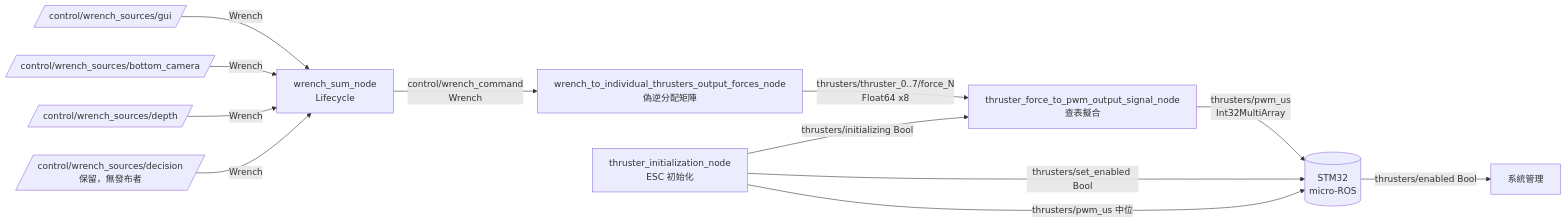
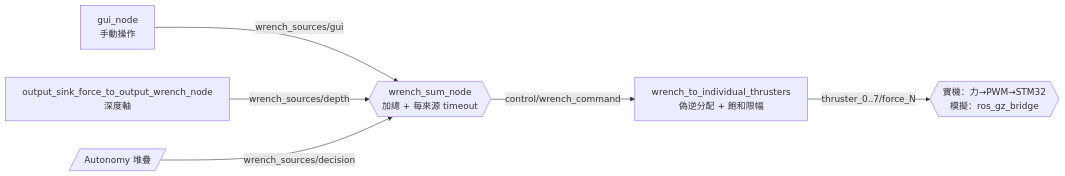
The diagram in docs/ARCHITECTURE.md (NCTU-AUV/SAUVC-Control), drawn with Mermaid before and after one commit. The commit also changed other lines of this file and 36 other files, not shown here.

````diff
--- a/docs/ARCHITECTURE.md
+++ b/docs/ARCHITECTURE.md
@@ -172,22 +62,9 @@
 ```mermaid
-graph LR
-    GUI[/control/wrench_sources/gui/]
-    BC[/control/wrench_sources/bottom_camera/]
-    DEP[/control/wrench_sources/depth/]
-    DEC[/control/wrench_sources/decision<br/>保留，無發布者/]
-
-    WSUM[wrench_sum_node<br/>Lifecycle]
-    ALLOC[wrench_to_individual_thrusters_output_forces_node<br/>偽逆分配矩陣]
-    F2PWM[thruster_force_to_pwm_output_signal_node<br/>查表擬合]
-    INIT[thruster_initialization_node<br/>ESC 初始化]
-    STM32[(STM32<br/>micro-ROS)]
-
-    GUI & BC & DEP & DEC -->|Wrench| WSUM
-    WSUM -->|control/wrench_command<br/>Wrench| ALLOC
-    ALLOC -->|thrusters/thruster_0..7/force_N<br/>Float64 x8| F2PWM
-    F2PWM -->|thrusters/pwm_us<br/>Int32MultiArray| STM32
-    INIT -->|thrusters/initializing Bool| F2PWM
-    INIT -->|thrusters/set_enabled Bool| STM32
-    INIT -->|thrusters/pwm_us 中位| STM32
-    STM32 -->|thrusters/enabled Bool| SM[系統管理]
+flowchart LR
+    GUI[gui_node<br/>手動操作] -->|wrench_sources/gui| BUS
+    DEPTH[output_sink_force_to_output_wrench_node<br/>深度軸] -->|wrench_sources/depth| BUS
+    DEC[/Autonomy 堆疊/] -->|wrench_sources/decision| BUS
+    BUS{{wrench_sum_node<br/>加總 + 每來源 timeout}} -->|control/wrench_command| ALLOC
+    ALLOC[wrench_to_individual_thrusters<br/>偽逆分配 + 飽和限幅] -->|thruster_0..7/force_N| OUT
+    OUT{{實機：力→PWM→STM32<br/>模擬：ros_gz_bridge}}
 ```
````
